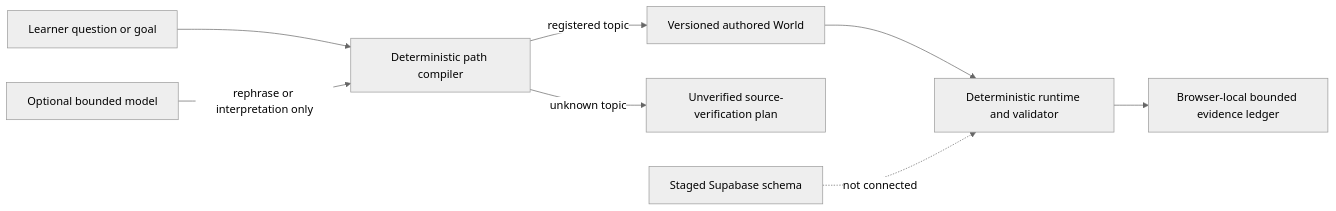
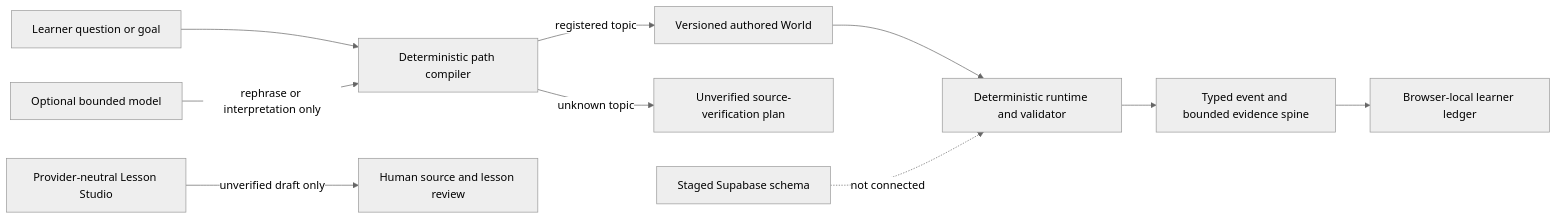
One commit to RanaPriyansh/modelshift changed the diagram in README.md. Above: the diagram before and after it, drawn with Mermaid (neutral theme). The commit also changed other lines of this file and 75 other files, not shown here.

````diff
--- a/README.md
+++ b/README.md
@@ -44,10 +57,12 @@
 ```mermaid
 flowchart LR
     Q["Learner question or goal"] --> P["Deterministic path compiler"]
     P -->|"registered topic"| W["Versioned authored World"]
     P -->|"unknown topic"| X["Unverified source-verification plan"]
     W --> R["Deterministic runtime and validator"]
-    R --> E["Browser-local bounded evidence ledger"]
+    R --> E["Typed event and bounded evidence spine"]
+    E --> L["Browser-local learner ledger"]
     M["Optional bounded model"] -->|"rephrase or interpretation only"| P
+    S["Provider-neutral Lesson Studio"] -->|"unverified draft only"| D["Human source and lesson review"]
     DB["Staged Supabase schema"] -.->|"not connected"| R
 ```
````
